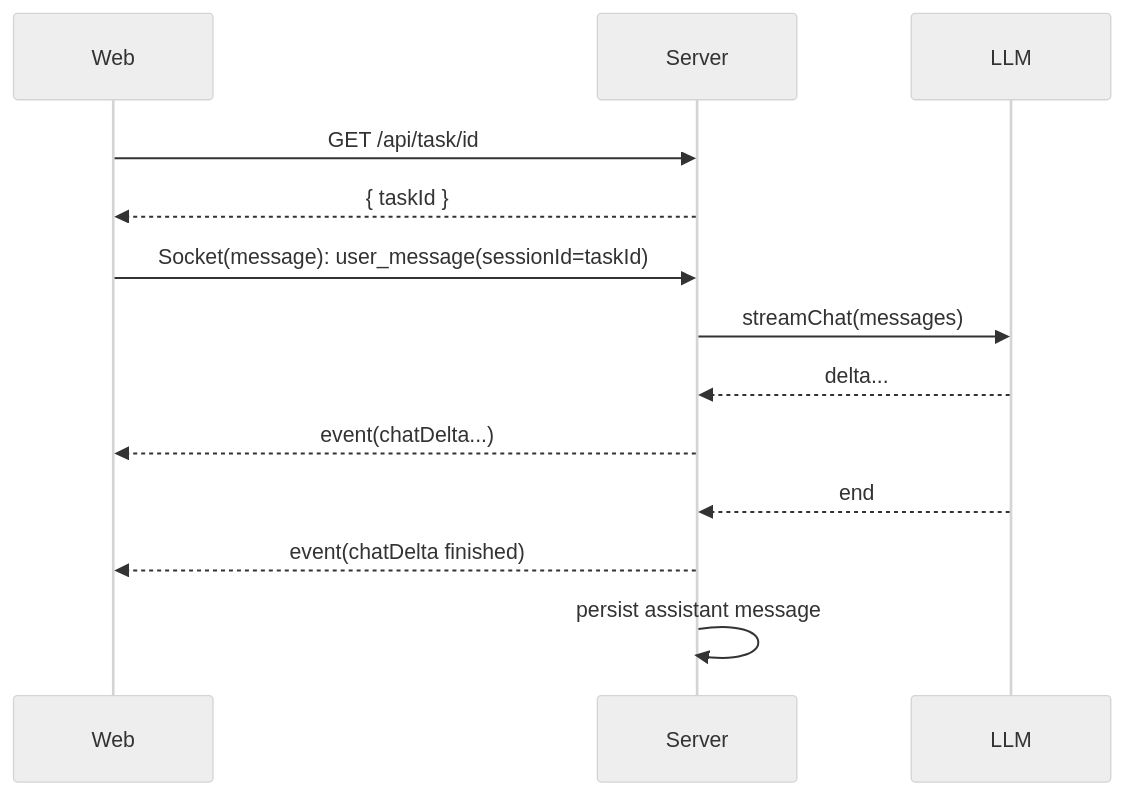
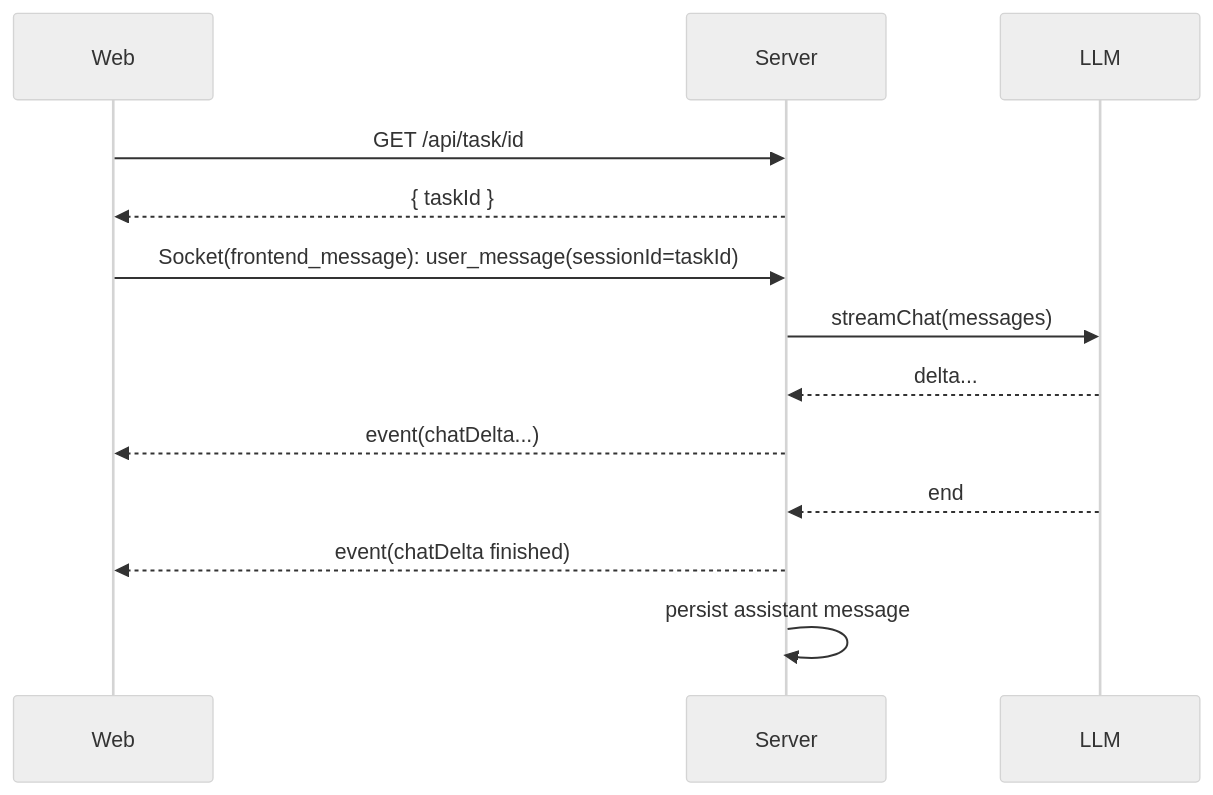
One commit to originpointer/mimo changed the first of 2 diagrams in turbo/docs/system-design/agent-runtime.md. Above: the diagram before and after it, drawn with Mermaid (neutral theme). The commit also changed other lines of this file and 3 other files, not shown here.

````diff
--- a/turbo/docs/system-design/agent-runtime.md
+++ b/turbo/docs/system-design/agent-runtime.md
@@ -78,16 +78,16 @@
 ```mermaid
 sequenceDiagram
   participant W as Web
   participant S as Server
   participant L as LLM
 
   W->>S: GET /api/task/id
   S-->>W: { taskId }
-  W->>S: Socket(message): user_message(sessionId=taskId)
+  W->>S: Socket(frontend_message): user_message(sessionId=taskId)
   S->>L: streamChat(messages)
   L-->>S: delta...
   S-->>W: event(chatDelta...)
   L-->>S: end
   S-->>W: event(chatDelta finished)
   S->>S: persist assistant message
 ```
````
